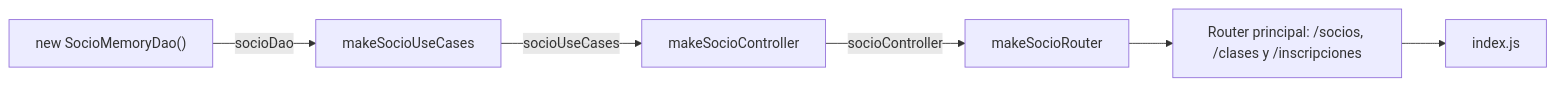
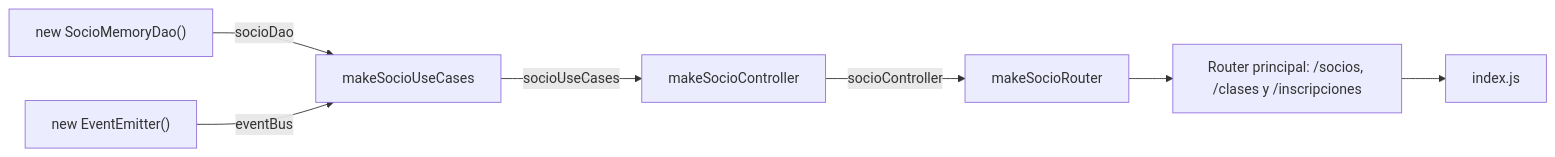
The second of 2 diagrams in docs/arquitectura.md (SolVaccaro93/TP2-TRABAJO-FINAL), drawn with Mermaid before and after one commit. The commit also changed other lines of this file and 4 other files, not shown here.

````diff
--- a/docs/arquitectura.md
+++ b/docs/arquitectura.md
@@ -58,14 +58,16 @@
 ```mermaid
 flowchart LR
     dao["new SocioMemoryDao()"]
+    eventBus["new EventEmitter()"]
     usecases["makeSocioUseCases"]
     controller["makeSocioController"]
     router["makeSocioRouter"]
     principal["Router principal: /socios, /clases y /inscripciones"]
     index["index.js"]
 
     dao -- "socioDao" --> usecases
+    eventBus -- "eventBus" --> usecases
     usecases -- "socioUseCases" --> controller
     controller -- "socioController" --> router
     router --> principal --> index
 ```
````
